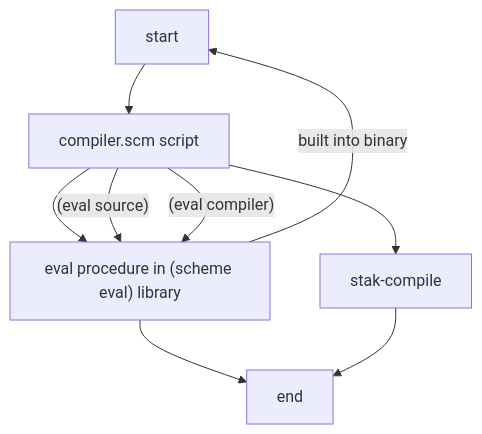
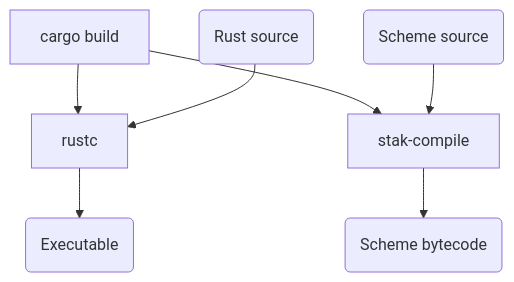
One commit to raviqqe/doc changed the diagram in papers/stak-scheme/embedding_script.mmd. Above: the diagram before and after it, drawn with Mermaid. The commit also changed 1 other file, not shown here.

```diff
--- a/papers/stak-scheme/embedding_script.mmd
+++ b/papers/stak-scheme/embedding_script.mmd
@@ -1,10 +1,9 @@
 graph TD
-  A[start] --> B
   B[cargo build] --> C
   B --> D
-  C[rustc] --> E
-  D[stak-compile] --> E
-  E[end]
-  B[stak-compile] -->|"(eval source)"| C
-  B[compiler.scm script] -->|"(eval compiler)"| C
-  C["eval procedure in (scheme eval) library"] -->|built into binary| A
+  C[rustc] --> X
+  D[stak-compile] --> SB(Scheme bytecode)
+
+  R(Rust source) --> C
+  S(Scheme source) --> D
+  X(Executable)
```
